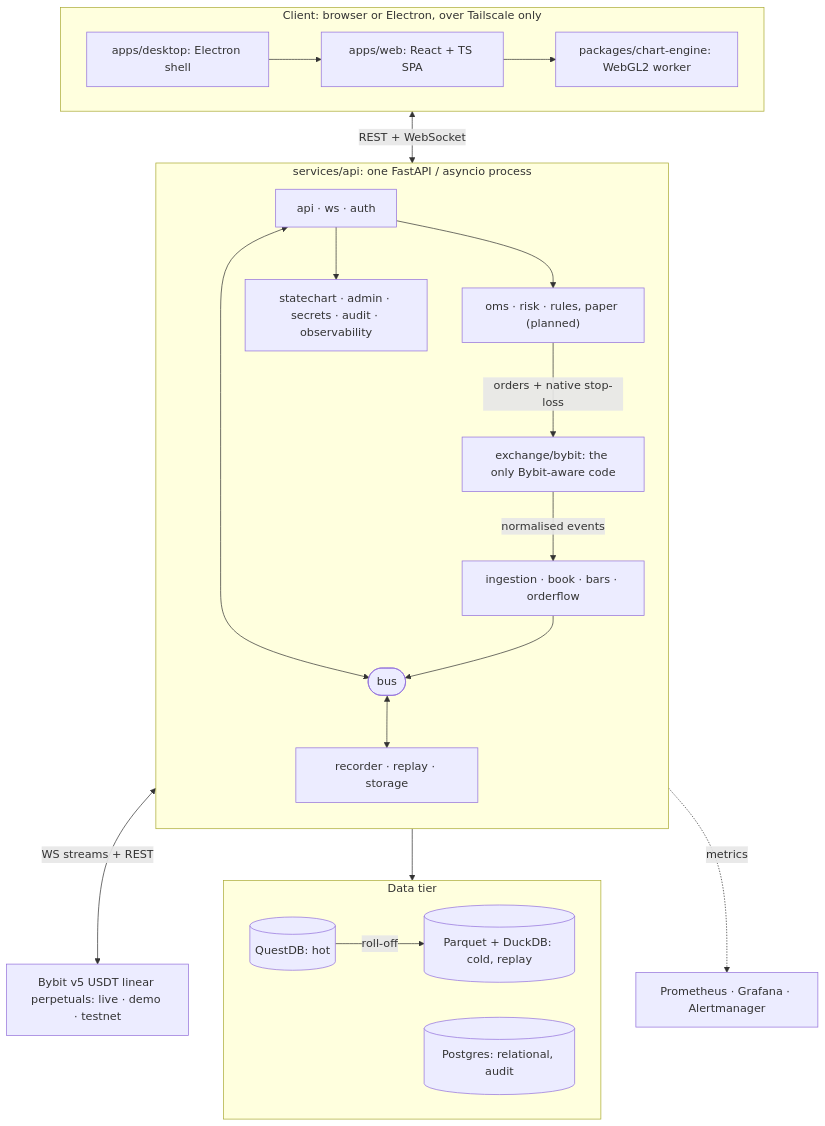
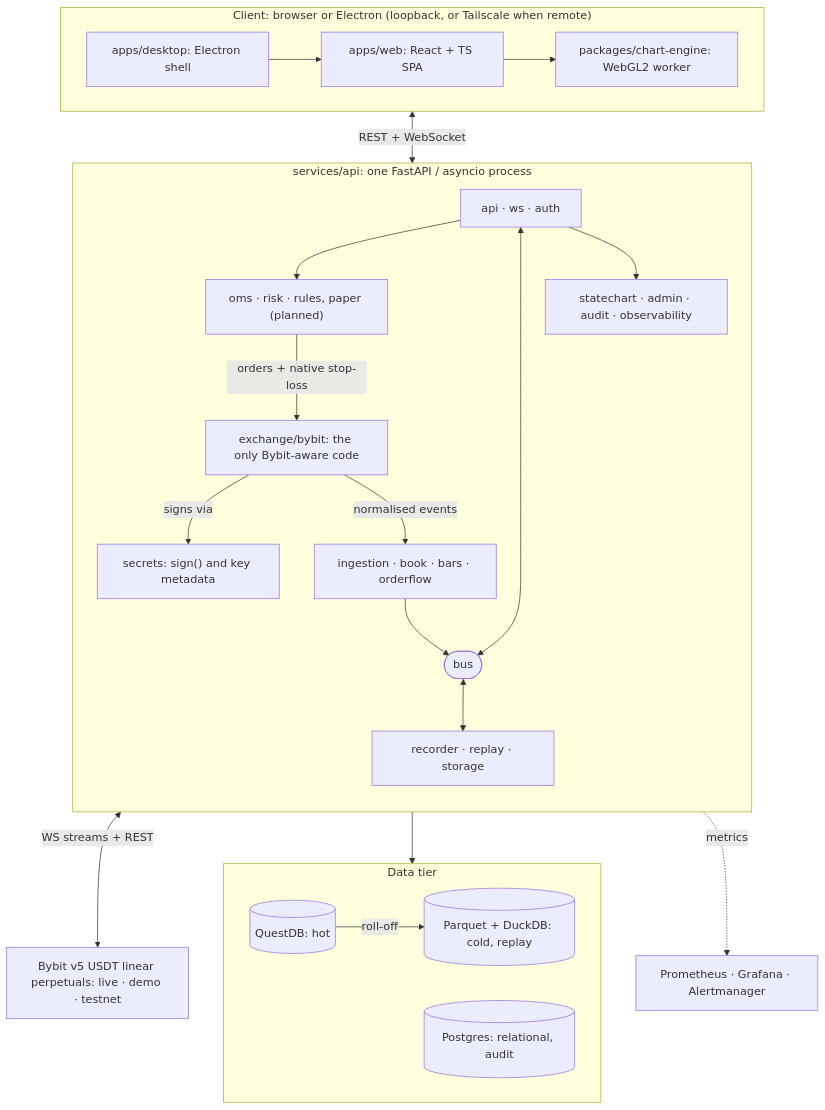
Before and after one commit to CandleViewer/CandleViewer: the first of 4 diagrams in README.md, drawn with Mermaid. The commit also changed other lines of this file and 1 other file, not shown here.

````diff
--- a/README.md
+++ b/README.md
@@ -58,33 +59,34 @@
 ```mermaid
 flowchart TB
-  subgraph client["Client: browser or Electron, over Tailscale only"]
+  subgraph client["Client: browser or Electron (loopback, or Tailscale when remote)"]
     direction LR
     shell["apps/desktop: Electron shell"] --> spa["apps/web: React + TS SPA"] --> engine["packages/chart-engine: WebGL2 worker"]
   end
 
   subgraph backend["services/api: one FastAPI / asyncio process"]
     direction TB
     edge["api · ws · auth"]
     edge --> exec["oms · risk · rules, paper (planned)"]
     edge <--> bus(["bus"])
-    edge --> platform["statechart · admin · secrets · audit · observability"]
+    edge --> platform["statechart · admin · audit · observability"]
     exec -->|"orders + native stop-loss"| adapter["exchange/bybit: the only Bybit-aware code"]
+    adapter -->|"signs via"| secrets["secrets: sign() and key metadata"]
     bus <--> history["recorder · replay · storage"]
     adapter -->|"normalised events"| market["ingestion · book · bars · orderflow"]
     market --> bus
   end
 
   subgraph stores["Data tier"]
     direction LR
     qdb[("QuestDB: hot")] -->|"roll-off"| cold[("Parquet + DuckDB: cold, replay")]
     pg[("Postgres: relational, audit")]
   end
 
   bybit["Bybit v5 USDT linear perpetuals: live · demo · testnet"]
   obs["Prometheus · Grafana · Alertmanager"]
 
   client <-->|"REST + WebSocket"| backend
   backend <-->|"WS streams + REST"| bybit
   backend --> stores
   backend -.->|"metrics"| obs
 ```
````
